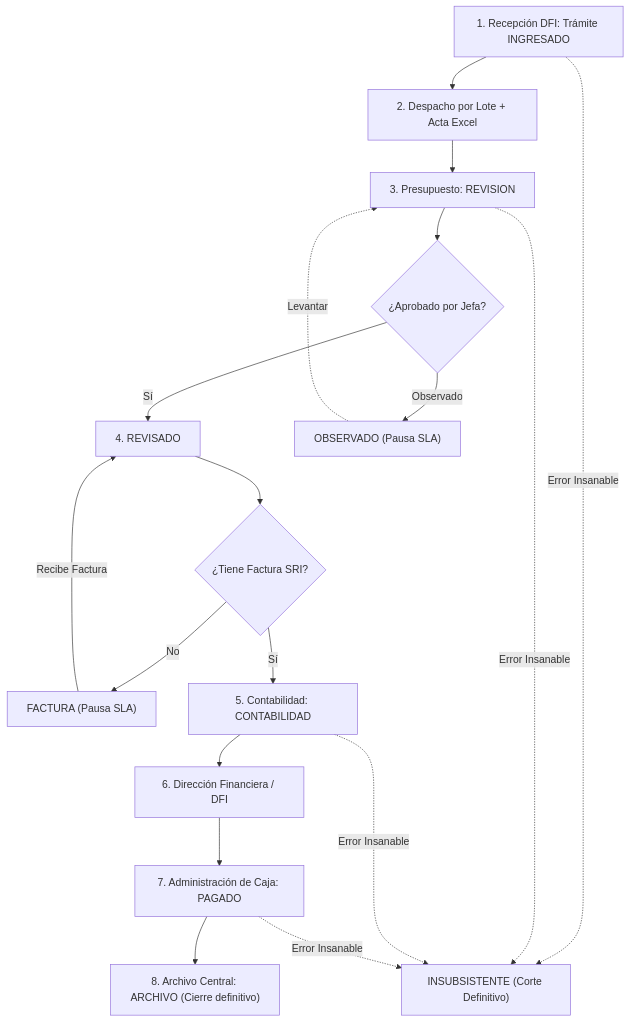
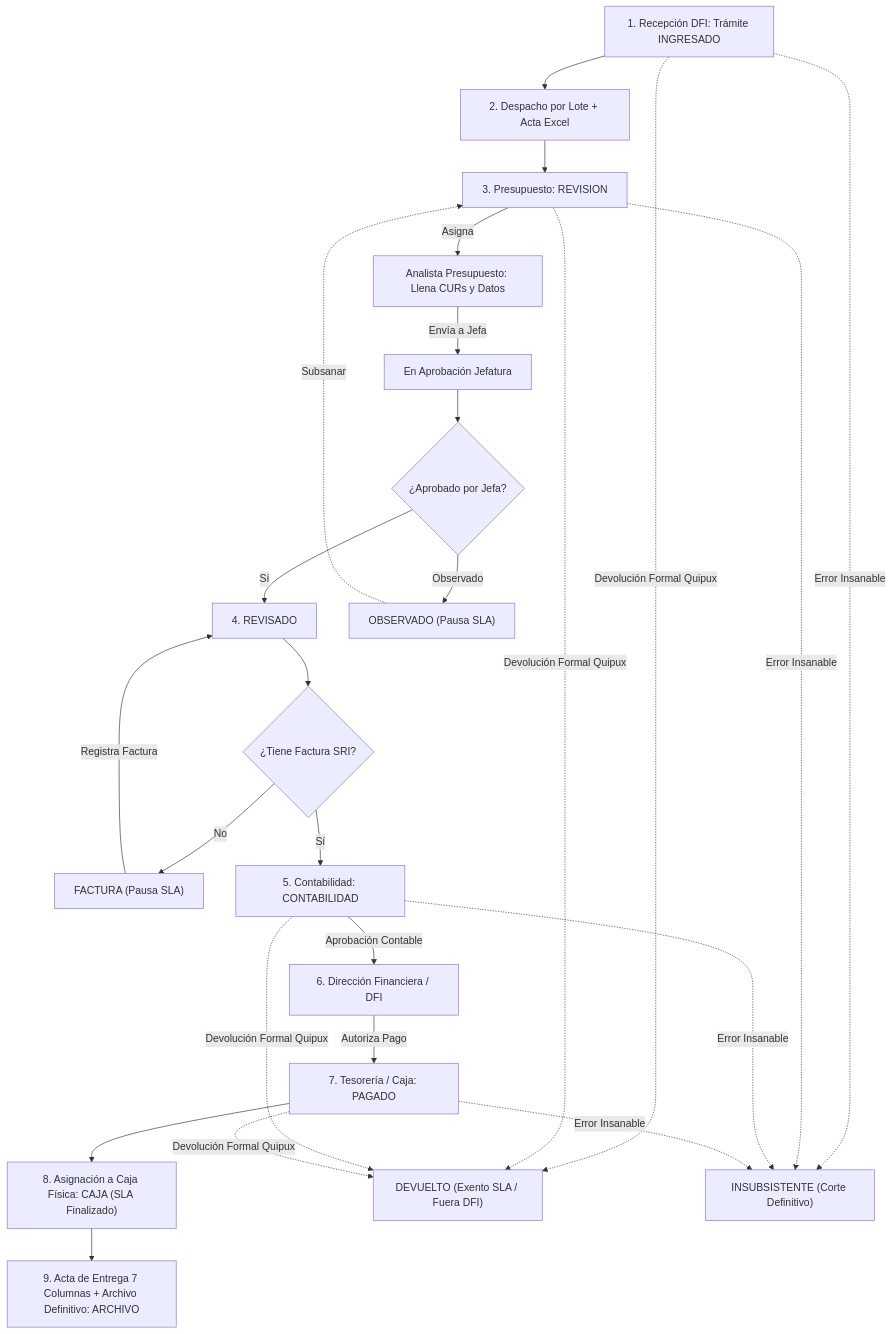
The diagram in CONTEXTO_NUEVO_FLUJO_SENAE.md (Rodney-David/senae-previo-al-pago-v2), drawn with Mermaid before and after one commit. The commit also changed other lines of this file and 88 other files, not shown here.

Commit message:
feat: rediseño simplificado de reporteria, acta autorizacion DFI en lote, reporte cajas 7 columnas y acceso universal de roles

````diff
--- a/CONTEXTO_NUEVO_FLUJO_SENAE.md
+++ b/CONTEXTO_NUEVO_FLUJO_SENAE.md
@@ -153,18 +174,22 @@
 ```mermaid
 flowchart TD
     A["1. Recepción DFI: Trámite INGRESADO"] --> B["2. Despacho por Lote + Acta Excel"]
     B --> C["3. Presupuesto: REVISION"]
-    C --> D{"¿Aprobado por Jefa?"}
+    C -->|Asigna| C1["Analista Presupuesto: Llena CURs y Datos"]
+    C1 -->|Envía a Jefa| C2["En Aprobación Jefatura"]
+    C2 --> D{"¿Aprobado por Jefa?"}
     D -- Sí --> E["4. REVISADO"]
     D -- Observado --> O1["OBSERVADO (Pausa SLA)"]
     E --> F{"¿Tiene Factura SRI?"}
     F -- No --> G["FACTURA (Pausa SLA)"]
-    G -->|Recibe Factura| E
+    G -->|Registra Factura| E
     F -- Sí --> H["5. Contabilidad: CONTABILIDAD"]
-    H --> I["6. Dirección Financiera / DFI"]
-    I --> J["7. Administración de Caja: PAGADO"]
-    J --> K["8. Archivo Central: ARCHIVO (Cierre definitivo)"]
+    H -->|Aprobación Contable| I["6. Dirección Financiera / DFI"]
+    I -->|Autoriza Pago| J["7. Tesorería / Caja: PAGADO"]
+    J --> K["8. Asignación a Caja Física: CAJA (SLA Finalizado)"]
+    K --> L["9. Acta de Entrega 7 Columnas + Archivo Definitivo: ARCHIVO"]
     
-    O1 -.->|Levantar| C
+    O1 -.->|Subsanar| C
+    A & C & H & J -.->|Devolución Formal Quipux| DEV["DEVUELTO (Exento SLA / Fuera DFI)"]
     A & C & H & J -.->|Error Insanable| INS["INSUBSISTENTE (Corte Definitivo)"]
 ```
````
